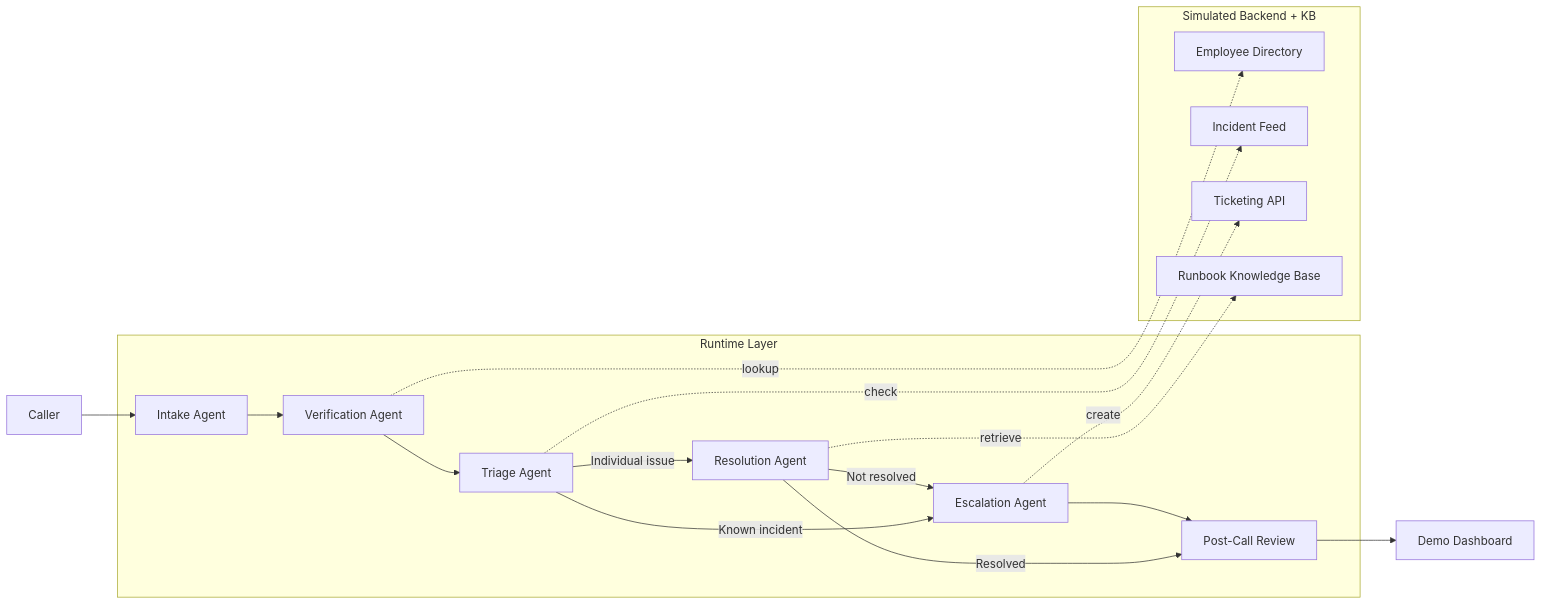
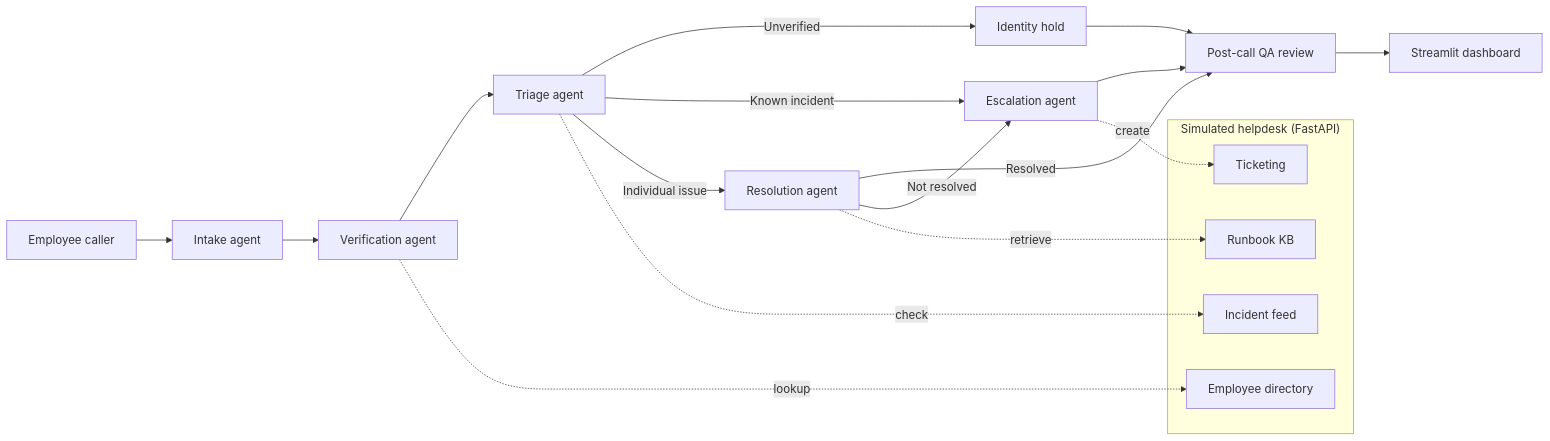
The diagram in README.md (marvelayush/voicedesk-ai), drawn with Mermaid before and after one commit. The commit also changed other lines of this file and 22 other files, not shown here.

First line of the commit message:
Wire LLM insights into call flow, add identity hold, API endpoints, CI

````diff
--- a/README.md
+++ b/README.md
@@ -221,36 +25,28 @@
 ```mermaid
 flowchart LR
-    A[Caller] --> B[Intake Agent]
-    B --> C[Verification Agent]
-    C --> D[Triage Agent]
+    Caller[Employee caller] --> Intake[Intake agent]
+    Intake --> Verify[Verification agent]
+    Verify --> Triage[Triage agent]
 
-    D -->|Known incident| E[Escalation Agent]
-    D -->|Individual issue| F[Resolution Agent]
+    Triage -->|Unverified| Hold[Identity hold]
+    Triage -->|Known incident| Escalate[Escalation agent]
+    Triage -->|Individual issue| Resolve[Resolution agent]
 
-    F -->|Resolved| G[Post-Call Review]
-    F -->|Not resolved| E
-    E --> G
+    Resolve -->|Resolved| Review[Post-call QA review]
+    Resolve -->|Not resolved| Escalate
+    Escalate --> Review
+    Hold --> Review
+    Review --> Dashboard[Streamlit dashboard]
 
-    G --> H[Demo Dashboard]
-
-    subgraph Runtime["Runtime Layer"]
-      B
-      C
-      D
-      E
-      F
-      G
+    subgraph Backend["Simulated helpdesk (FastAPI)"]
+      Dir[Employee directory]
+      Inc[Incident feed]
+      Tix[Ticketing]
+      KB[Runbook KB]
     end
 
-    subgraph Backend["Simulated Backend + KB"]
-      I[Employee Directory]
-      J[Incident Feed]
-      K[Ticketing API]
-      L[Runbook Knowledge Base]
-    end
-
-    C -. lookup .-> I
-    D -. check .-> J
-    E -. create .-> K
-    F -. retrieve .-> L
+    Verify -. lookup .-> Dir
+    Triage -. check .-> Inc
+    Escalate -. create .-> Tix
+    Resolve -. retrieve .-> KB
 ```
````
